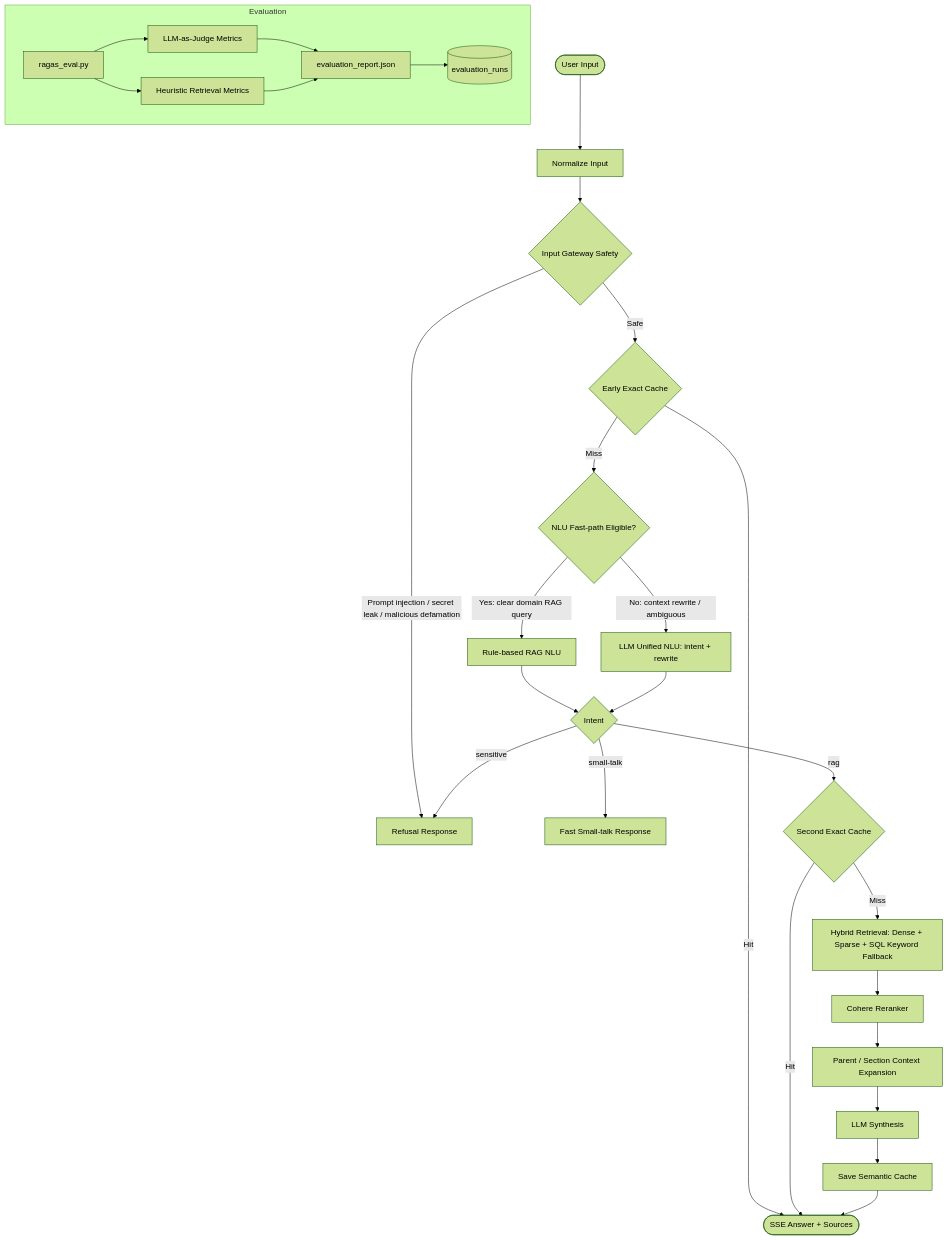
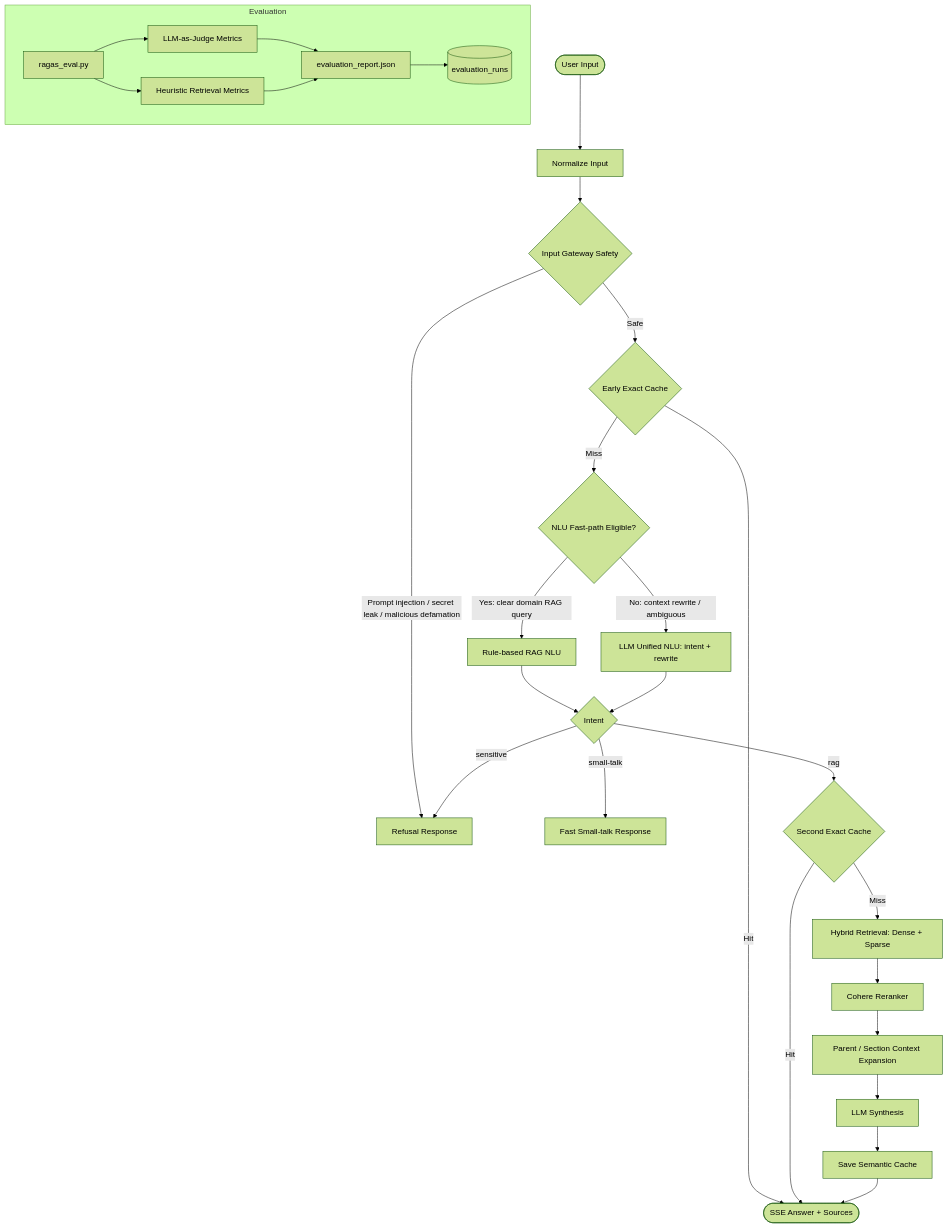
The diagram in docs/PIPELINE.md (dungltcn272/XANH_SM_AI_ASSISTANT_V1), drawn with Mermaid (forest theme) before and after one commit. The commit also changed other lines of this file and 5 other files, not shown here.

Commit message:
Disable SQL fallback in hybrid search

````diff
--- a/docs/PIPELINE.md
+++ b/docs/PIPELINE.md
@@ -7,35 +7,35 @@
 ```mermaid
 graph TD
     A([User Input]) --> B[Normalize Input]
     B --> C{Input Gateway Safety}
     C -- Prompt injection / secret leak / malicious defamation --> X[Refusal Response]
     C -- Safe --> D{Early Exact Cache}
 
     D -- Hit --> O([SSE Answer + Sources])
     D -- Miss --> E{NLU Fast-path Eligible?}
 
     E -- Yes: clear domain RAG query --> E1[Rule-based RAG NLU]
     E -- No: context rewrite / ambiguous --> E2[LLM Unified NLU: intent + rewrite]
 
     E1 --> F{Intent}
     E2 --> F
     F -- small-talk --> S[Fast Small-talk Response]
     F -- sensitive --> X
     F -- rag --> G{Second Exact Cache}
 
     G -- Hit --> O
-    G -- Miss --> H[Hybrid Retrieval: Dense + Sparse + SQL Keyword Fallback]
+    G -- Miss --> H[Hybrid Retrieval: Dense + Sparse]
     H --> I[Cohere Reranker]
     I --> J[Parent / Section Context Expansion]
     J --> K[LLM Synthesis]
     K --> L[Save Semantic Cache]
     L --> O
 
     subgraph Evaluation
       R[ragas_eval.py] --> M[LLM-as-Judge Metrics]
       R --> N[Heuristic Retrieval Metrics]
       M --> P[evaluation_report.json]
       N --> P
       P --> Q[(evaluation_runs)]
     end
 ```
````
